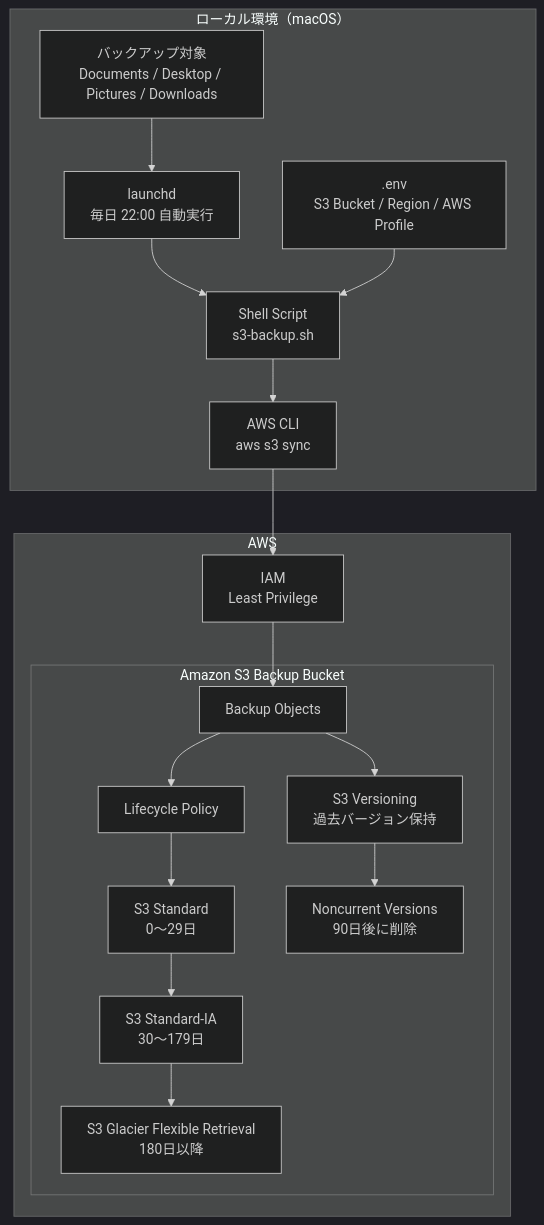
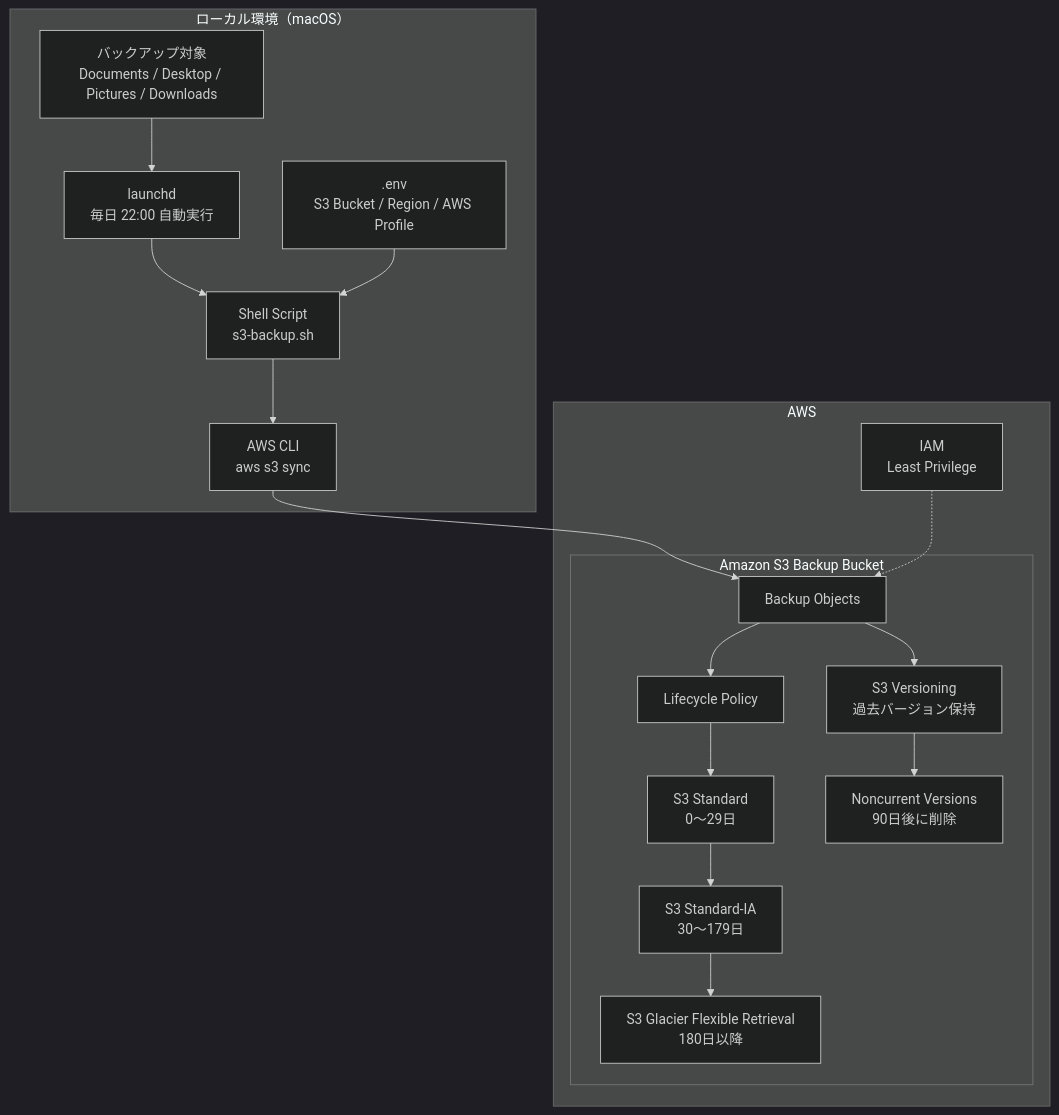
One commit to mahiro0323/s3-backup-automation changed the first of 3 diagrams in architecture/architecture.md. Above: the diagram before and after it, drawn with Mermaid (dark theme). The commit also changed 1 other file, not shown here.

Commit message:
Refine architecture diagram and IAM flow

````diff
--- a/architecture/architecture.md
+++ b/architecture/architecture.md
@@ -10,42 +10,42 @@
 ```mermaid
 flowchart TB
 
     subgraph LOCAL["ローカル環境（macOS）"]
         DATA["バックアップ対象<br/>Documents / Desktop / Pictures / Downloads"]
         LAUNCHD["launchd<br/>毎日 22:00 自動実行"]
         SCRIPT["Shell Script<br/>s3-backup.sh"]
         ENV[".env<br/>S3 Bucket / Region / AWS Profile"]
         AWSCLI["AWS CLI<br/>aws s3 sync"]
     end
 
     subgraph AWS["AWS"]
         IAM["IAM<br/>Least Privilege"]
         
         subgraph S3["Amazon S3 Backup Bucket"]
             OBJECTS["Backup Objects"]
             VERSIONING["S3 Versioning<br/>過去バージョン保持"]
             LIFECYCLE["Lifecycle Policy"]
             STANDARD["S3 Standard<br/>0〜29日"]
             STANDARDIA["S3 Standard-IA<br/>30〜179日"]
             GLACIER["S3 Glacier Flexible Retrieval<br/>180日以降"]
             NONCURRENT["Noncurrent Versions<br/>90日後に削除"]
         end
     end
 
     DATA --> LAUNCHD
     LAUNCHD --> SCRIPT
     ENV --> SCRIPT
     SCRIPT --> AWSCLI
-    AWSCLI --> IAM
-    IAM --> OBJECTS
+　　AWSCLI --> OBJECTS
+　　IAM -.-> OBJECTS
 
     OBJECTS --> VERSIONING
     OBJECTS --> LIFECYCLE
 
     LIFECYCLE --> STANDARD
     STANDARD --> STANDARDIA
     STANDARDIA --> GLACIER
 
     VERSIONING --> NONCURRENT
 
 ```
````
